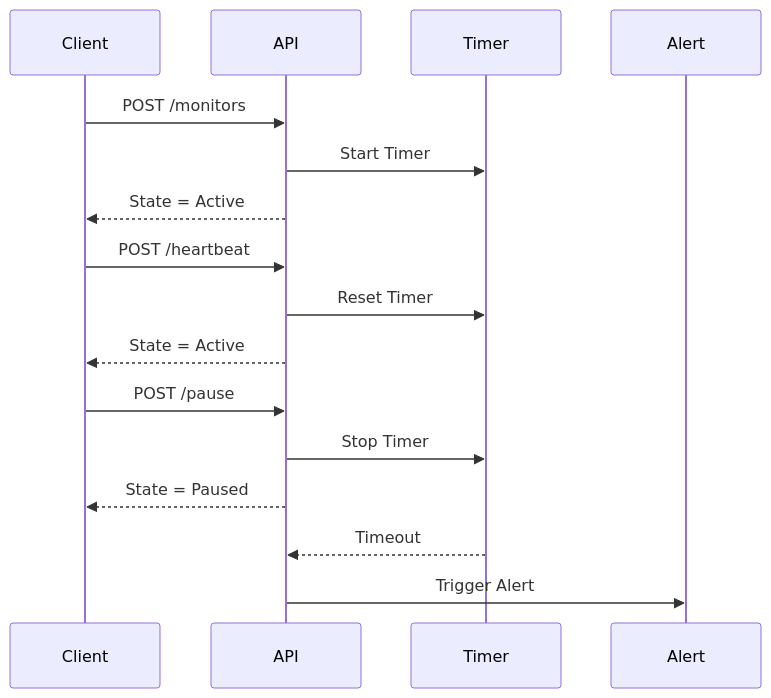
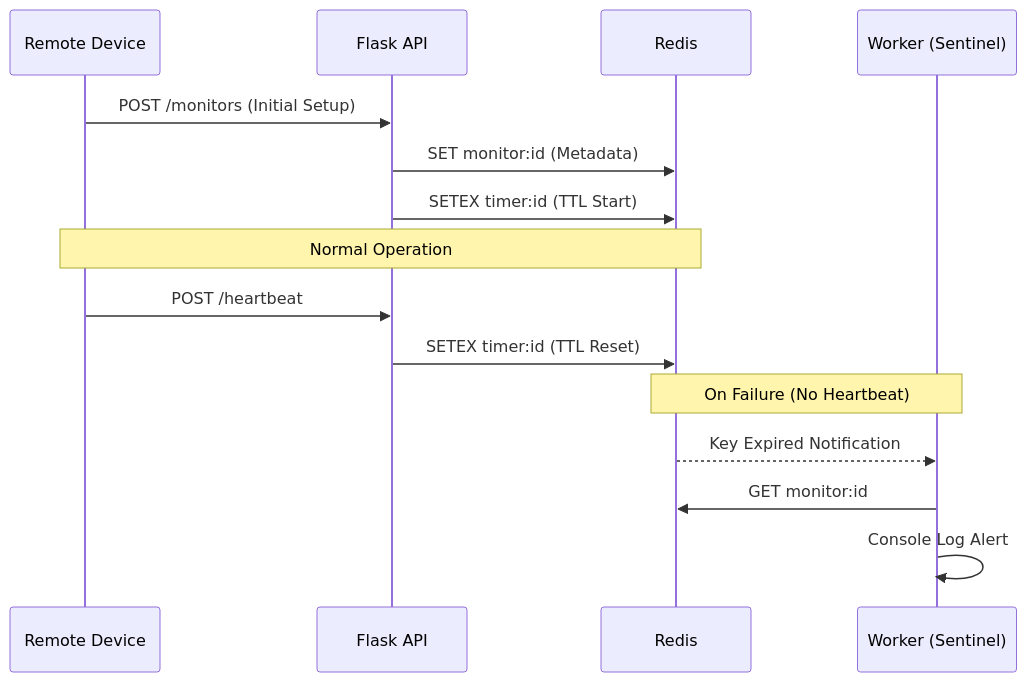
Before and after one commit to ronaldkarangwa/AmaliTech-DEG-Project-based-challenges: the diagram in backend/Pulse-Check/README.md, drawn with Mermaid. The commit also changed other lines of this file and 1 other file, not shown here.

````diff
--- a/backend/Pulse-Check/README.md
+++ b/backend/Pulse-Check/README.md
@@ -4,22 +8,20 @@
 ```mermaid
 sequenceDiagram
-    participant Client
-    participant API
-    participant Timer
-    participant Alert
+    participant D as Remote Device
+    participant A as Flask API
+    participant R as Redis
+    participant W as Worker (Sentinel)
 
-    Client->>API: POST /monitors
-    API->>Timer: Start Timer
-    API-->>Client: State = Active
+    D->>A: POST /monitors (Initial Setup)
+    A->>R: SET monitor:id (Metadata)
+    A->>R: SETEX timer:id (TTL Start)
+    
+    Note over D, R: Normal Operation
+    D->>A: POST /heartbeat
+    A->>R: SETEX timer:id (TTL Reset)
 
-    Client->>API: POST /heartbeat
-    API->>Timer: Reset Timer
-    API-->>Client: State = Active
-
-    Client->>API: POST /pause
-    API->>Timer: Stop Timer
-    API-->>Client: State = Paused
-
-    Timer-->>API: Timeout
-    API->>Alert: Trigger Alert
+    Note over R, W: On Failure (No Heartbeat)
+    R-->>W: Key Expired Notification
+    W->>R: GET monitor:id
+    W->>W: Console Log Alert
 ```
````
